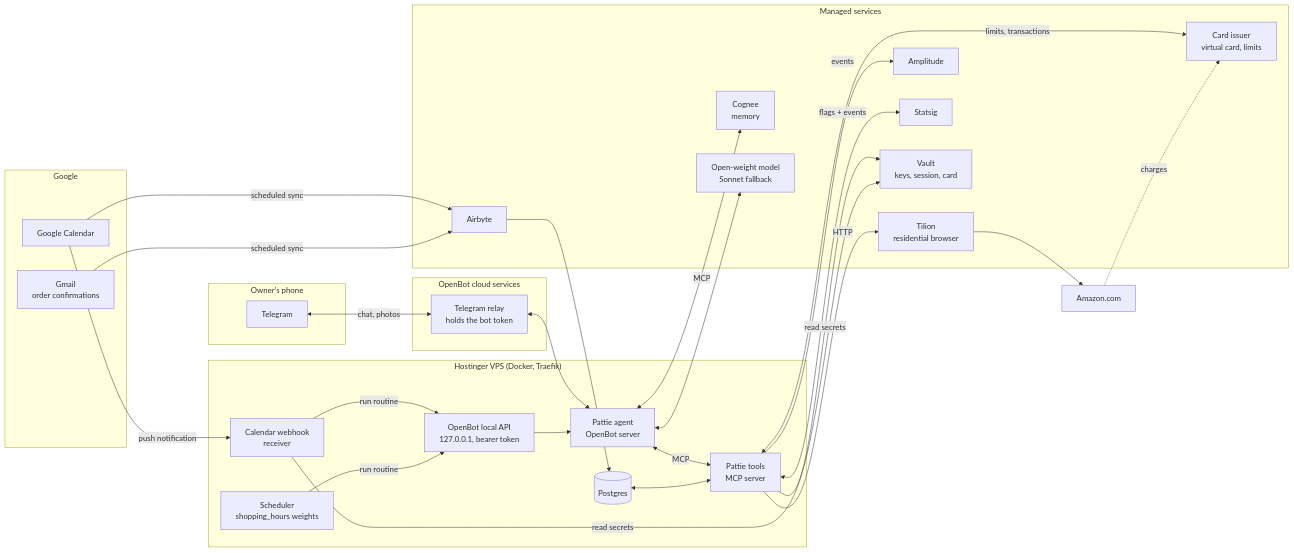
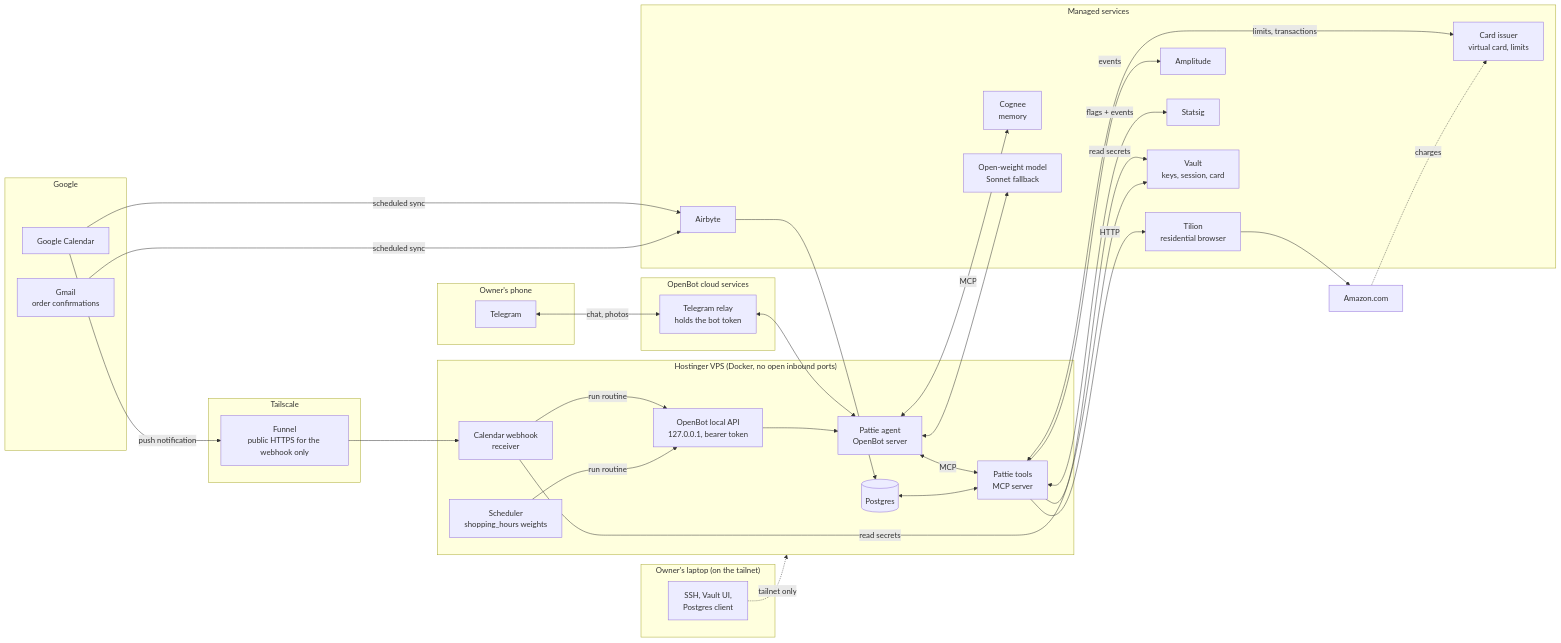
One commit to kolumba-ai/Pattie-shopping-agent changed the first of 2 diagrams in docs/ARCHITECTURE.md. Above: the diagram before and after it, drawn with Mermaid. The commit also changed other lines of this file, not shown here.

First line of the commit message:
Architecture: secure the VPS with Tailscale

````diff
--- a/docs/ARCHITECTURE.md
+++ b/docs/ARCHITECTURE.md
@@ -32,56 +33,65 @@
 ```mermaid
 flowchart LR
     subgraph Phone["Owner's phone"]
         TG[Telegram]
     end
 
     subgraph Google
         GC[Google Calendar]
         GM[Gmail<br/>order confirmations]
     end
 
     subgraph OB["OpenBot cloud services"]
         RELAY[Telegram relay<br/>holds the bot token]
     end
 
-    subgraph VPS["Hostinger VPS (Docker, Traefik)"]
+    subgraph Admin["Owner's laptop (on the tailnet)"]
+        LAP[SSH, Vault UI,<br/>Postgres client]
+    end
+
+    subgraph TS["Tailscale"]
+        FUN[Funnel<br/>public HTTPS for the webhook only]
+    end
+
+    subgraph VPS["Hostinger VPS (Docker, no open inbound ports)"]
         AG[Pattie agent<br/>OpenBot server]
         API[OpenBot local API<br/>127.0.0.1, bearer token]
         MCP[Pattie tools<br/>MCP server]
         HK[Calendar webhook<br/>receiver]
         SCH[Scheduler<br/>shopping_hours weights]
         PG[(Postgres)]
     end
 
     subgraph Cloud["Managed services"]
         TL[Tilion<br/>residential browser]
         CG[Cognee<br/>memory]
         AB[Airbyte]
         AM[Amplitude]
         SS[Statsig]
         LLM[Open-weight model<br/>Sonnet fallback]
         VLT[Vault<br/>keys, session, card]
         ISS[Card issuer<br/>virtual card, limits]
     end
 
     AMZ[Amazon.com]
 
     TG <-->|chat, photos| RELAY <--> AG
-    GC -->|push notification| HK -->|run routine| API
+    GC -->|push notification| FUN --> HK -->|run routine| API
+    LAP -.->|tailnet only| VPS
     SCH -->|run routine| API
     API --> AG
     AG <-->|MCP| MCP
     AG <-->|MCP| CG
     AG <--> LLM
     GC -->|scheduled sync| AB
     GM -->|scheduled sync| AB
     AB --> PG
     PG <--> MCP
     MCP -->|HTTP| TL --> AMZ
     MCP -->|events| AM
     MCP <-->|flags + events| SS
     MCP -->|read secrets| VLT
     HK -->|read secrets| VLT
     MCP <-->|limits, transactions| ISS
     AMZ -.->|charges| ISS
 ```
````
